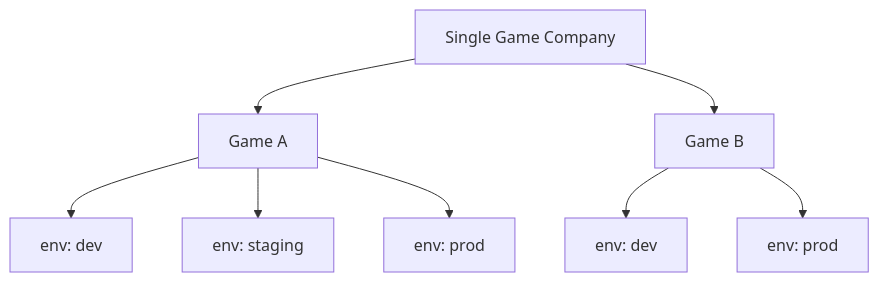
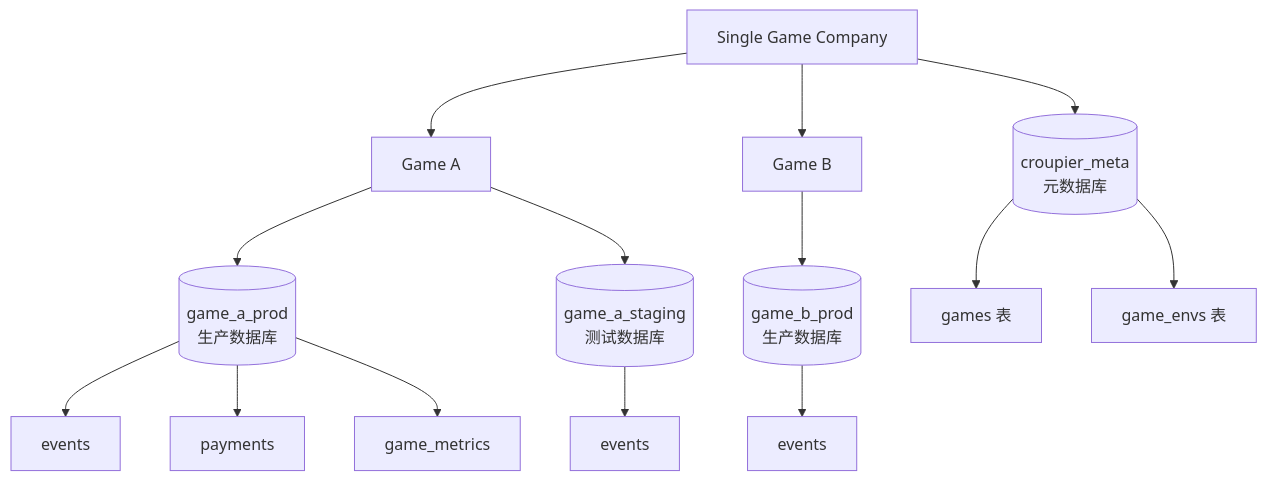
One commit to cuihairu/croupier changed the first of 2 diagrams in docs/architecture/game-environment-scope.md. Above: the diagram before and after it, drawn with Mermaid. The commit also changed other lines of this file and 6 other files, not shown here.

First line of the commit message:
refactor: adopt database-per-game architecture for Croupier

````diff
--- a/docs/architecture/game-environment-scope.md
+++ b/docs/architecture/game-environment-scope.md
@@ -54,11 +58,19 @@
 ```mermaid
 graph TD
   Company[Single Game Company]
+  Company --> MetaDB[(croupier_meta<br/>元数据库)]
   Company --> GameA[Game A]
   Company --> GameB[Game B]
-  GameA --> ADev[env: dev]
-  GameA --> AStage[env: staging]
-  GameA --> AProd[env: prod]
-  GameB --> BDev[env: dev]
-  GameB --> BProd[env: prod]
+  GameA --> ADB1[(game_a_prod<br/>生产数据库)]
+  GameA --> ADB2[(game_a_staging<br/>测试数据库)]
+  GameB --> BDB1[(game_b_prod<br/>生产数据库)]
+
+  MetaDB --> Games[games 表]
+  MetaDB --> Envs[game_envs 表]
+
+  ADB1 --> Events1[events]
+  ADB1 --> Payments1[payments]
+  ADB1 --> Metrics1[game_metrics]
+  ADB2 --> Events2[events]
+  BDB1 --> Events3[events]
 ```
````
